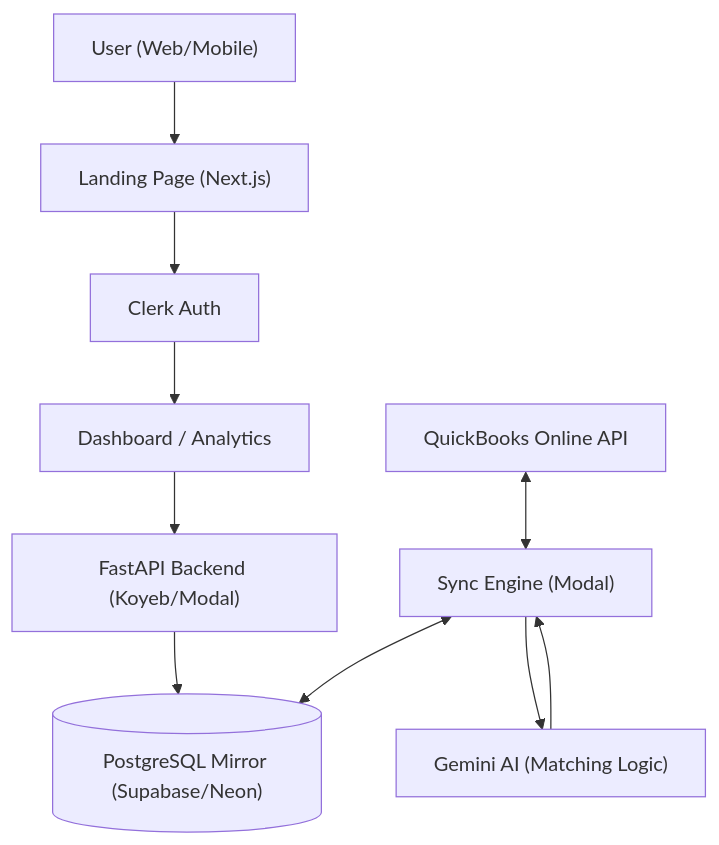
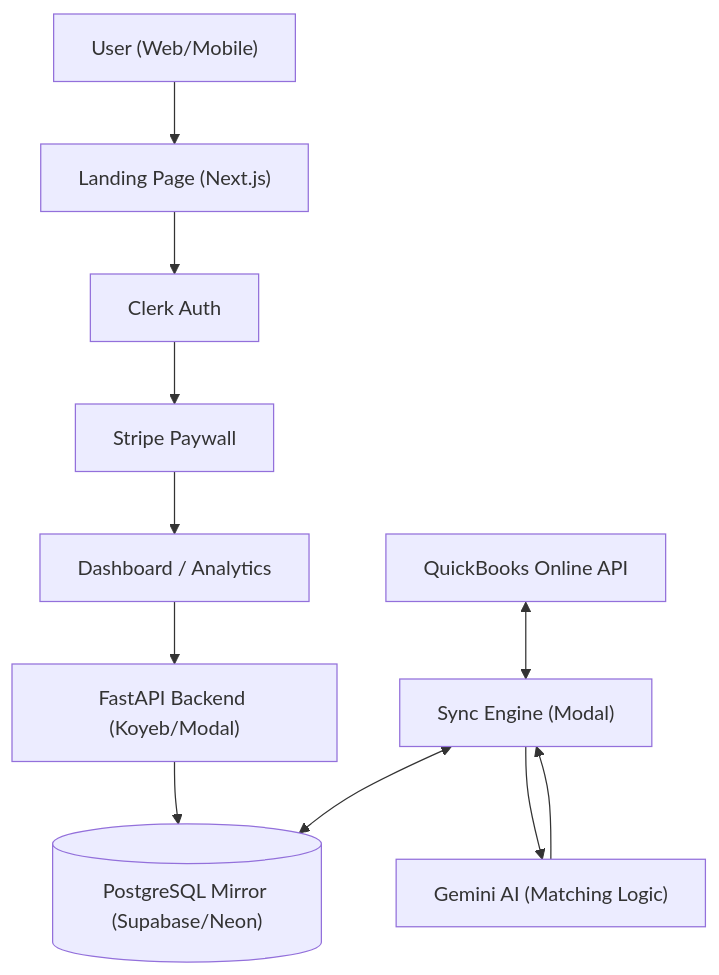
One commit to Drestat/Automatch-Books-AI changed the diagram in PLAN.md. Above: the diagram before and after it, drawn with Mermaid. The commit also changed other lines of this file and 24 other files, not shown here.

````diff
--- a/PLAN.md
+++ b/PLAN.md
@@ -24,14 +24,15 @@
 ```mermaid
 graph TD
     User["User (Web/Mobile)"] --> Public["Landing Page (Next.js)"]
     Public --> Auth["Clerk Auth"]
-    Auth --> Protected["Dashboard / Analytics"]
+    Auth --> Subscription["Stripe Paywall"]
+    Subscription --> Protected["Dashboard / Analytics"]
     Protected --> API["FastAPI Backend (Koyeb/Modal)"]
     API --> DB[("PostgreSQL Mirror (Supabase/Neon)")]
     
     QBO["QuickBooks Online API"] <--> SyncEngine["Sync Engine (Modal)"]
     SyncEngine <--> DB
     
     SyncEngine --> Gemini["Gemini AI (Matching Logic)"]
     Gemini --> SyncEngine
 ```
````
